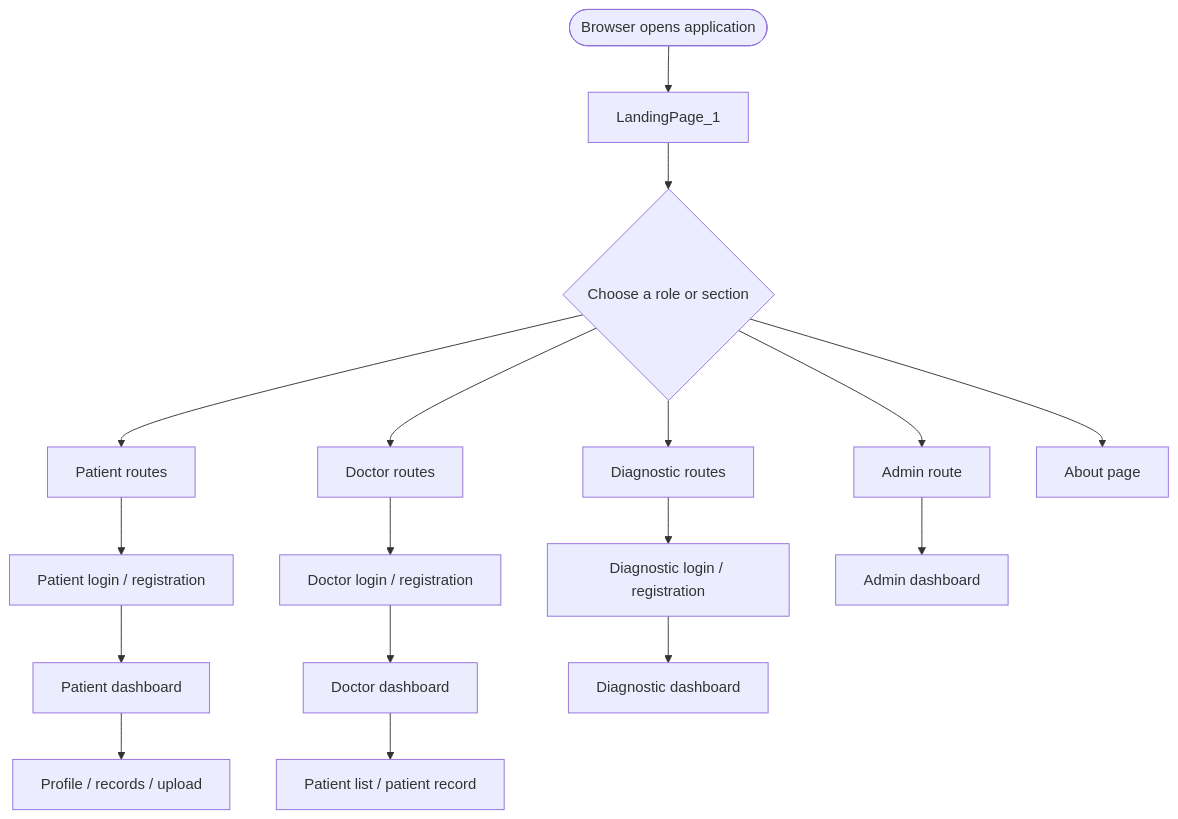
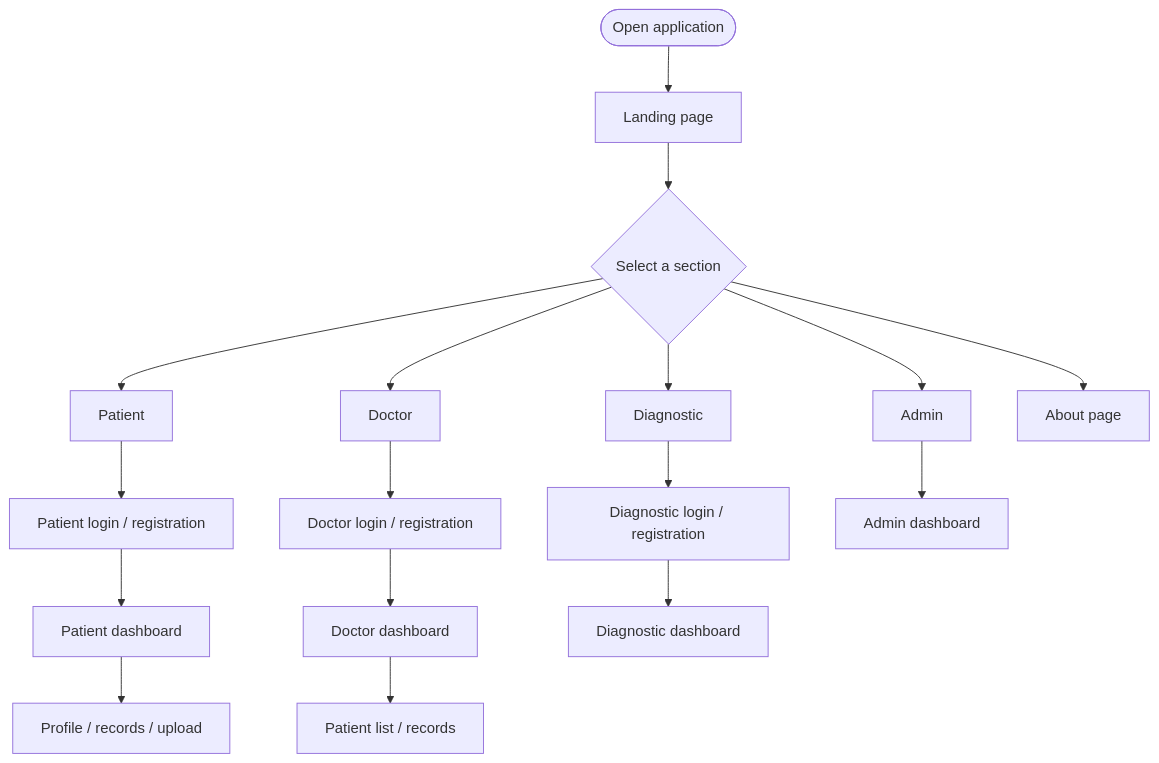
One commit to TheZohaibKhan/EHR changed the third of 5 diagrams in README.md. Above: the diagram before and after it, drawn with Mermaid. The commit also changed other lines of this file, not shown here.

````diff
--- a/README.md
+++ b/README.md
@@ -229,19 +218,19 @@
 ```mermaid
 flowchart TD
-    START([Browser opens application]) --> LAND[LandingPage_1]
-    LAND --> ROLE{Choose a role or section}
-    ROLE --> PAT[Patient routes]
-    ROLE --> DOC[Doctor routes]
-    ROLE --> DIA[Diagnostic routes]
-    ROLE --> ADM[Admin route]
+    START([Open application]) --> LAND[Landing page]
+    LAND --> ROLE{Select a section}
+    ROLE --> PAT[Patient]
+    ROLE --> DOC[Doctor]
+    ROLE --> DIA[Diagnostic]
+    ROLE --> ADM[Admin]
     ROLE --> ABOUT[About page]
     PAT --> PLOGIN[Patient login / registration]
     PLOGIN --> PDASH[Patient dashboard]
     PDASH --> PRECORD[Profile / records / upload]
     DOC --> DLOGIN[Doctor login / registration]
     DLOGIN --> DDASH[Doctor dashboard]
-    DDASH --> DLIST[Patient list / patient record]
+    DDASH --> DLIST[Patient list / records]
     DIA --> ALOGIN[Diagnostic login / registration]
     ALOGIN --> ADASH[Diagnostic dashboard]
     ADM --> ADMIN[Admin dashboard]
 ```
````
